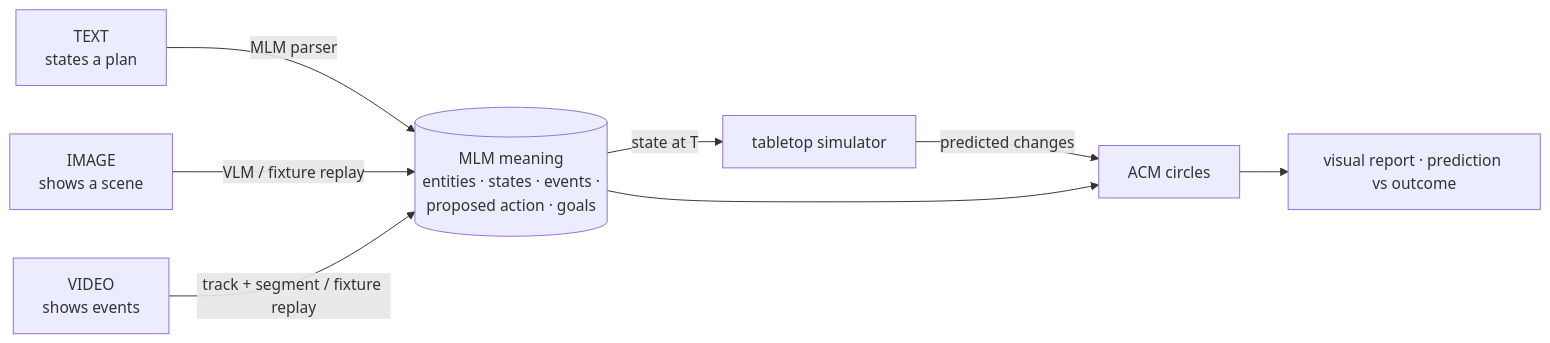
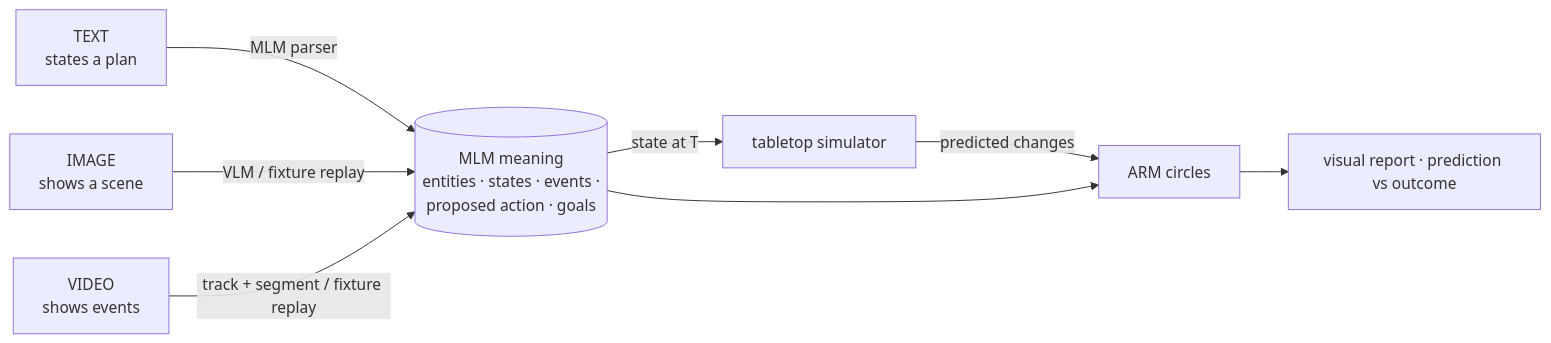
Before and after one commit to Sherlock2019/ACM: diagram 14 of 15 in README.md, drawn with Mermaid. The commit also changed other lines of this file, not shown here.

First line of the commit message:
README: ARM brand; why ARM (LLM limits), so what (vs LLM mode), Step 9 Unreal Engine 5, what next; home page replaces tour at /

````diff
--- a/README.md
+++ b/README.md
@@ -756,10 +834,10 @@
 ```mermaid
 flowchart LR
   T[TEXT<br/>states a plan] -->|MLM parser| M[(MLM meaning<br/>entities · states · events ·<br/>proposed action · goals)]
   I[IMAGE<br/>shows a scene] -->|VLM / fixture replay| M
   V[VIDEO<br/>shows events] -->|track + segment / fixture replay| M
   M -->|state at T| S[tabletop simulator]
-  S -->|predicted changes| A[ACM circles]
+  S -->|predicted changes| A[ARM circles]
   M --> A
   A --> R[visual report · prediction vs outcome]
 ```
````
